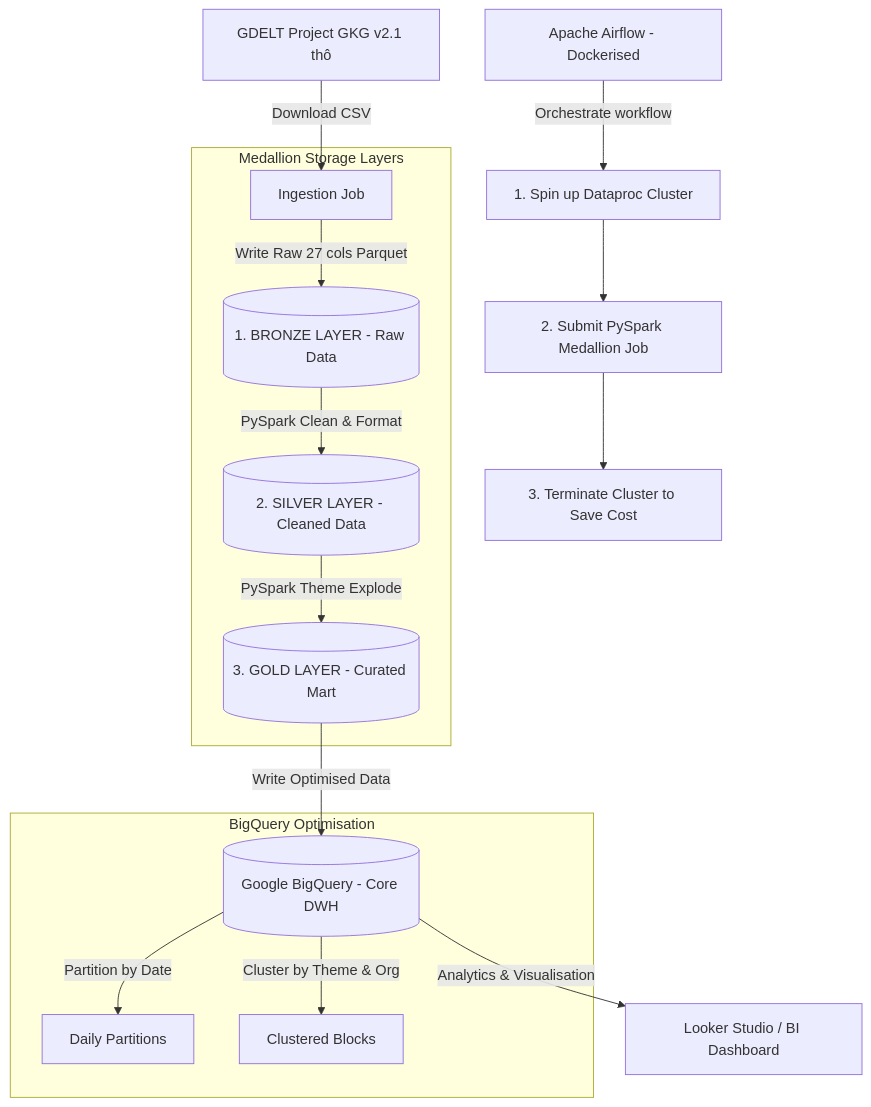
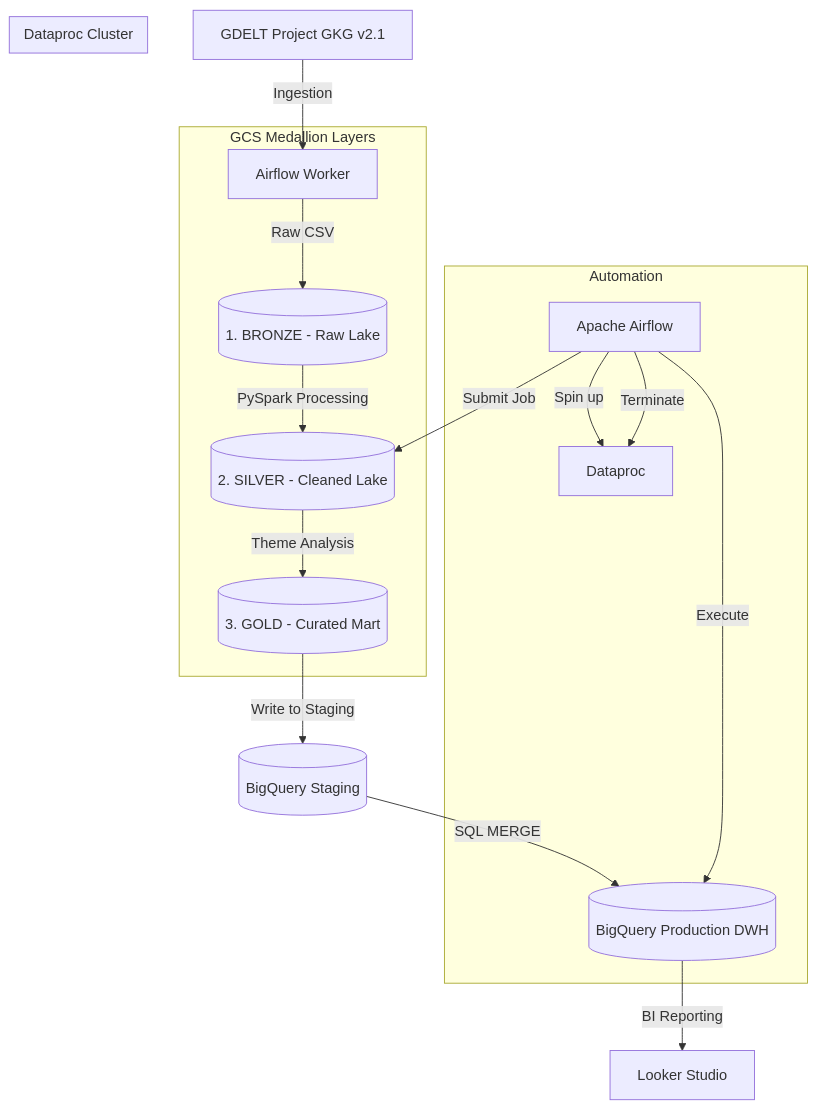
One commit to theanh9911/gdelt-medallion-lakehouse-gcp changed the diagram in README.md. Above: the diagram before and after it, drawn with Mermaid. The commit also changed other lines of this file, not shown here.

````diff
--- a/README.md
+++ b/README.md
@@ -13,23 +16,27 @@
 ```mermaid
 graph TD
-    A[GDELT Project GKG v2.1 thô] -->|Download CSV| B[Ingestion Job]
+    A[GDELT Project GKG v2.1] -->|Ingestion| B[Airflow Worker]
     
-    subgraph Data Lake [Medallion Storage Layers]
-        B -->|Write Raw 27 cols Parquet| C[(1. BRONZE LAYER - Raw Data)]
-        C -->|PySpark Clean & Format| D[(2. SILVER LAYER - Cleaned Data)]
-        D -->|PySpark Theme Explode| E[(3. GOLD LAYER - Curated Mart)]
+    subgraph Cloud_Data_Lake [GCS Medallion Layers]
+        B -->|Raw CSV| C[(1. BRONZE - Raw Lake)]
+        C -->|PySpark Processing| D[(2. SILVER - Cleaned Lake)]
+        D -->|Theme Analysis| E[(3. GOLD - Curated Mart)]
     end
     
-    E -->|Write Optimised Data| F[(Google BigQuery - Core DWH)]
+    subgraph Compute_Layer [Dataproc Cluster]
+        D
+        E
+    end
+
+    E -->|Write to Staging| F[(BigQuery Staging)]
+    F -->|SQL MERGE| G[(BigQuery Production DWH)]
     
-    subgraph Storage & DWH [BigQuery Optimisation]
-        F -->|Partition by Date| G[Daily Partitions]
-        F -->|Cluster by Theme & Org| H[Clustered Blocks]
+    subgraph Orchestration [Automation]
+        H[Apache Airflow] -->|Spin up| Dataproc
+        H -->|Submit Job| D
+        H -->|Execute| G
+        H -->|Terminate| Dataproc
     end
     
-    I[Apache Airflow - Dockerised] -->|Orchestrate workflow| J[1. Spin up Dataproc Cluster]
-    J --> K[2. Submit PySpark Medallion Job]
-    K --> L[3. Terminate Cluster to Save Cost]
-    
-    F -->|Analytics & Visualisation| M[Looker Studio / BI Dashboard]
+    G -->|BI Reporting| I[Looker Studio]
 ```
````
